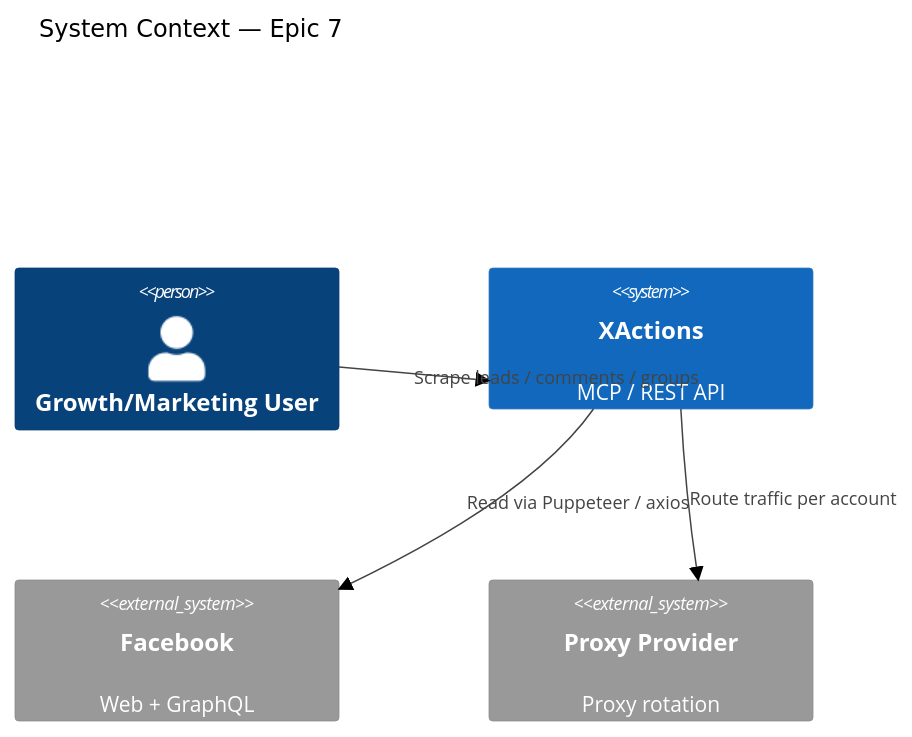
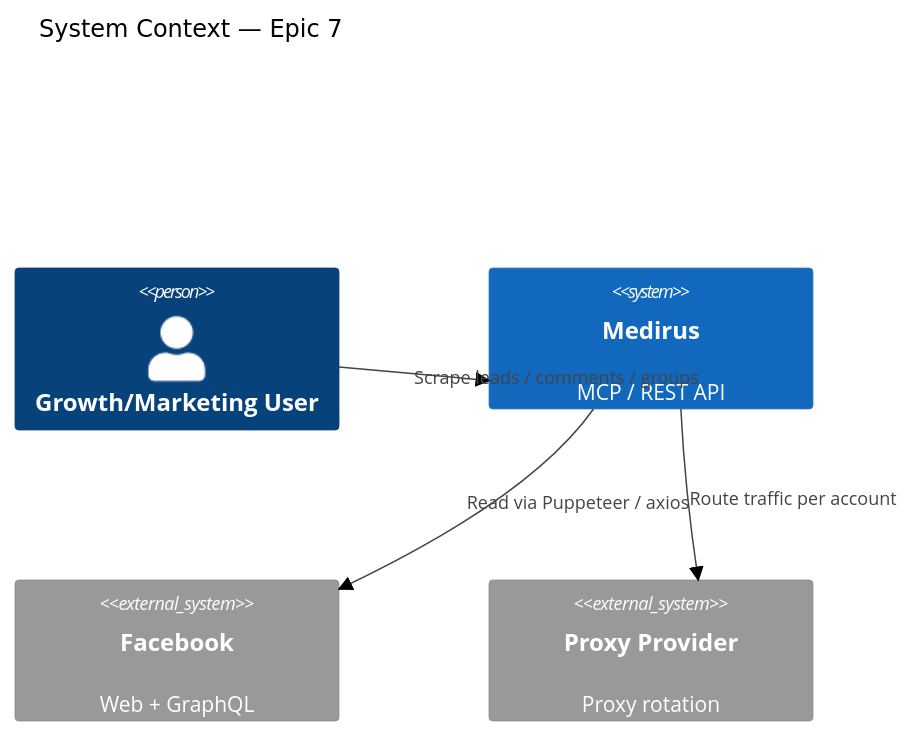
The first of 5 diagrams in _bmad-output/architecture-artifacts/epic7-2026-08-14/ARCHITECTURE-SPINE.md (deptrai/XActions), drawn with Mermaid (neutral theme) before and after one commit. The commit also changed other lines of this file and 2613 other files, not shown here.

First line of the commit message:
chore(rename): XActions -> medirus content bulk replace (phase 2/2)

````diff
--- a/_bmad-output/architecture-artifacts/epic7-2026-08-14/ARCHITECTURE-SPINE.md
+++ b/_bmad-output/architecture-artifacts/epic7-2026-08-14/ARCHITECTURE-SPINE.md
@@ -14,11 +14,11 @@
 ```mermaid
 C4Context
   title System Context — Epic 7
   Person(user, "Growth/Marketing User")
-  System(xactions, "XActions", "MCP / REST API")
+  System(medirus, "Medirus", "MCP / REST API")
   System_Ext(facebook, "Facebook", "Web + GraphQL")
   System_Ext(proxy, "Proxy Provider", "Proxy rotation")
-  Rel(user, xactions, "Scrape leads / comments / groups")
-  Rel(xactions, facebook, "Read via Puppeteer / axios")
-  Rel(xactions, proxy, "Route traffic per account")
+  Rel(user, medirus, "Scrape leads / comments / groups")
+  Rel(medirus, facebook, "Read via Puppeteer / axios")
+  Rel(medirus, proxy, "Route traffic per account")
 ```
````
